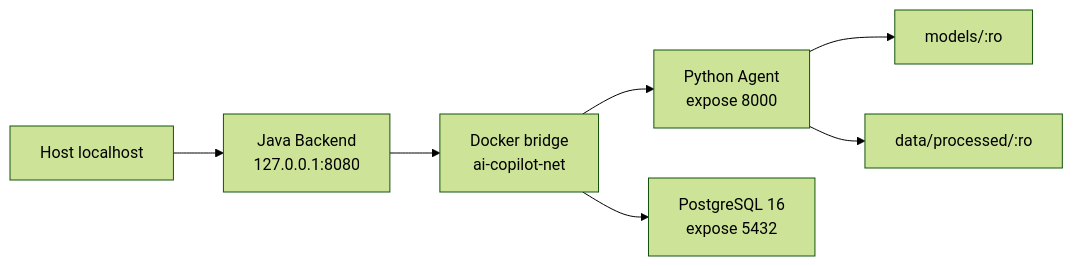
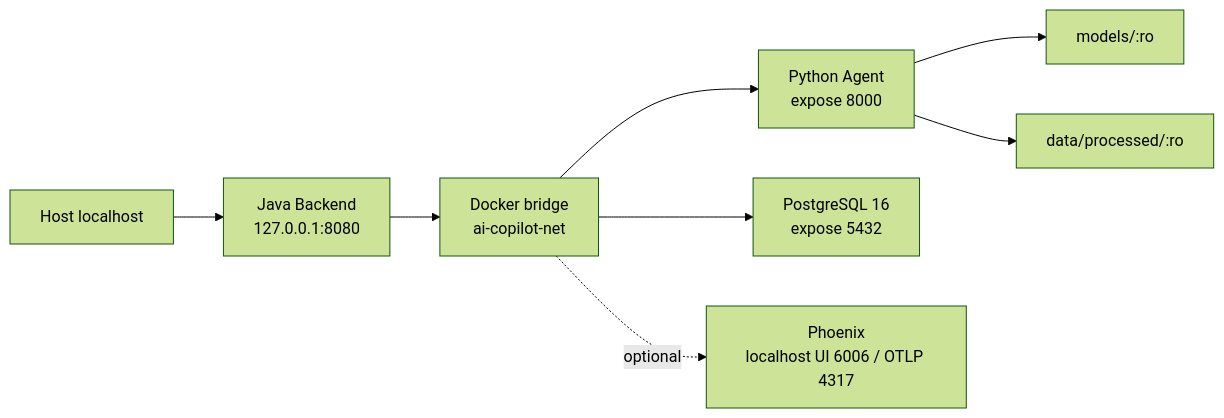
The second of 2 diagrams in docs/deployment.md (izz-BLUE/enterprise-ai-copilot), drawn with Mermaid (forest theme) before and after one commit. The commit also changed other lines of this file and 9 other files, not shown here.

````diff
--- a/docs/deployment.md
+++ b/docs/deployment.md
@@ -210,9 +214,10 @@
 ```mermaid
 graph LR
     H[Host localhost] --> J[Java Backend<br/>127.0.0.1:8080]
     J --> N[Docker bridge<br/>ai-copilot-net]
     N --> P[Python Agent<br/>expose 8000]
     N --> PG[PostgreSQL 16<br/>expose 5432]
+    N -. optional .-> PHX[Phoenix<br/>localhost UI 6006 / OTLP 4317]
     P --> M[models/:ro]
     P --> D[data/processed/:ro]
 ```
````
